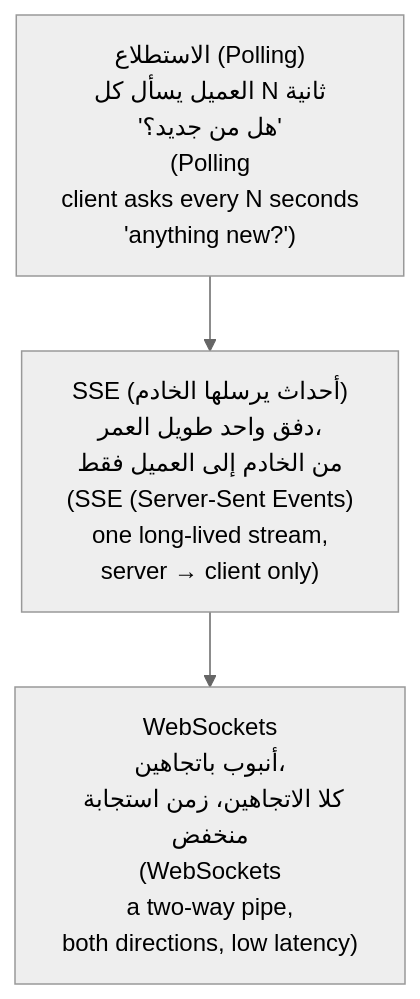
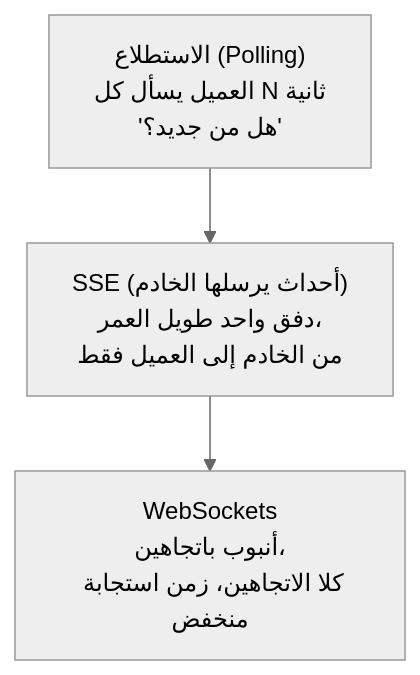
One commit to Tamoura/system-design-for-vibe-coders changed the sixth of 7 diagrams in modules/10-scaling/module.ar.md. Above: the diagram before and after it, drawn with Mermaid (neutral theme). The commit also changed other lines of this file and 551 other files, not shown here.

````diff
--- a/modules/10-scaling/module.ar.md
+++ b/modules/10-scaling/module.ar.md
@@ -433,5 +433,5 @@
 ```mermaid
 flowchart TD
-    P["الاستطلاع (Polling)<br/>العميل يسأل كل N ثانية<br/>'هل من جديد؟'<br/>(Polling<br/>client asks every N seconds<br/>'anything new?')"] --> S["SSE (أحداث يرسلها الخادم)<br/>دفق واحد طويل العمر،<br/>من الخادم إلى العميل فقط<br/>(SSE (Server-Sent Events)<br/>one long-lived stream,<br/>server → client only)"]
-    S --> W["WebSockets<br/>أنبوب باتجاهين،<br/>كلا الاتجاهين، زمن استجابة منخفض<br/>(WebSockets<br/>a two-way pipe,<br/>both directions, low latency)"]
+    P["الاستطلاع (Polling)<br/>العميل يسأل كل N ثانية<br/>'هل من جديد؟'"] --> S["SSE (أحداث يرسلها الخادم)<br/>دفق واحد طويل العمر،<br/>من الخادم إلى العميل فقط"]
+    S --> W["WebSockets<br/>أنبوب باتجاهين،<br/>كلا الاتجاهين، زمن استجابة منخفض"]
 ```
````
